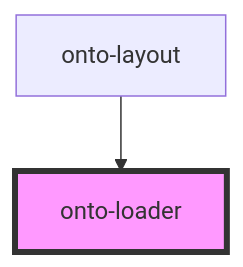
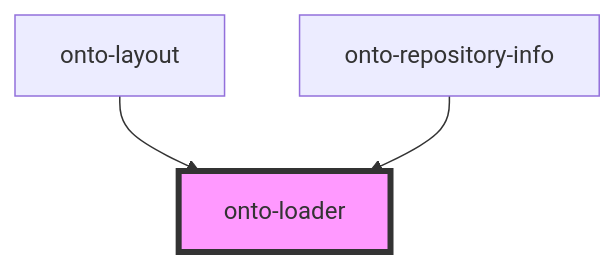
The diagram in packages/shared-components/src/components/onto-loader/readme.md (Ontotext-AD/graphdb-workbench), drawn with Mermaid before and after one commit. The commit also changed other lines of this file and 32 other files, not shown here.

````diff
--- a/packages/shared-components/src/components/onto-loader/readme.md
+++ b/packages/shared-components/src/components/onto-loader/readme.md
@@ -25,5 +26,6 @@
 ```mermaid
 graph TD;
   onto-layout --> onto-loader
+  onto-repository-info --> onto-loader
   style onto-loader fill:#f9f,stroke:#333,stroke-width:4px
 ```
````
